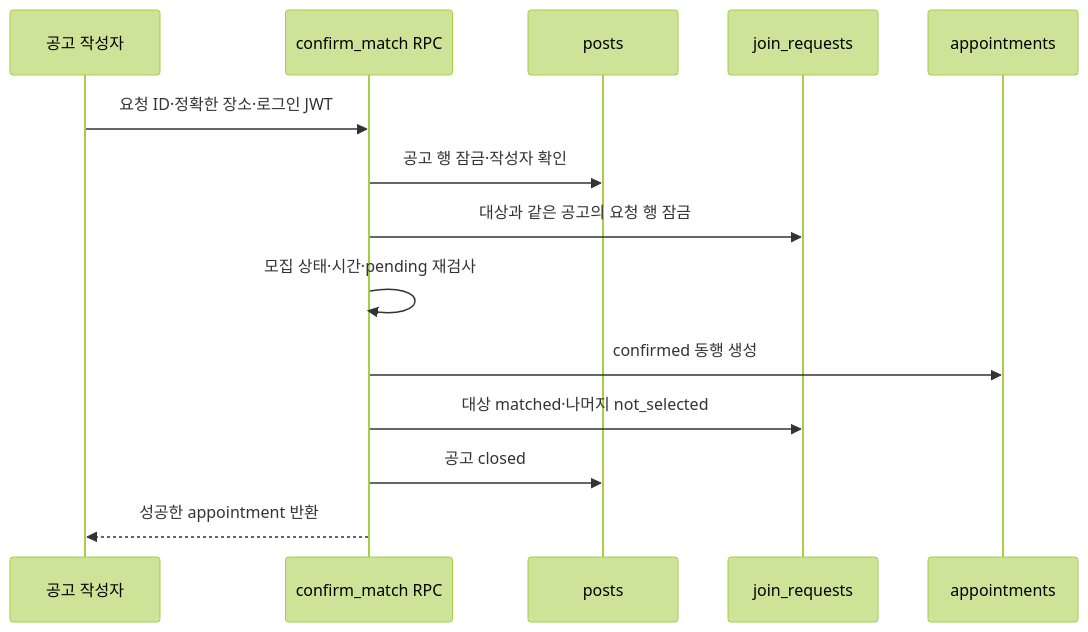
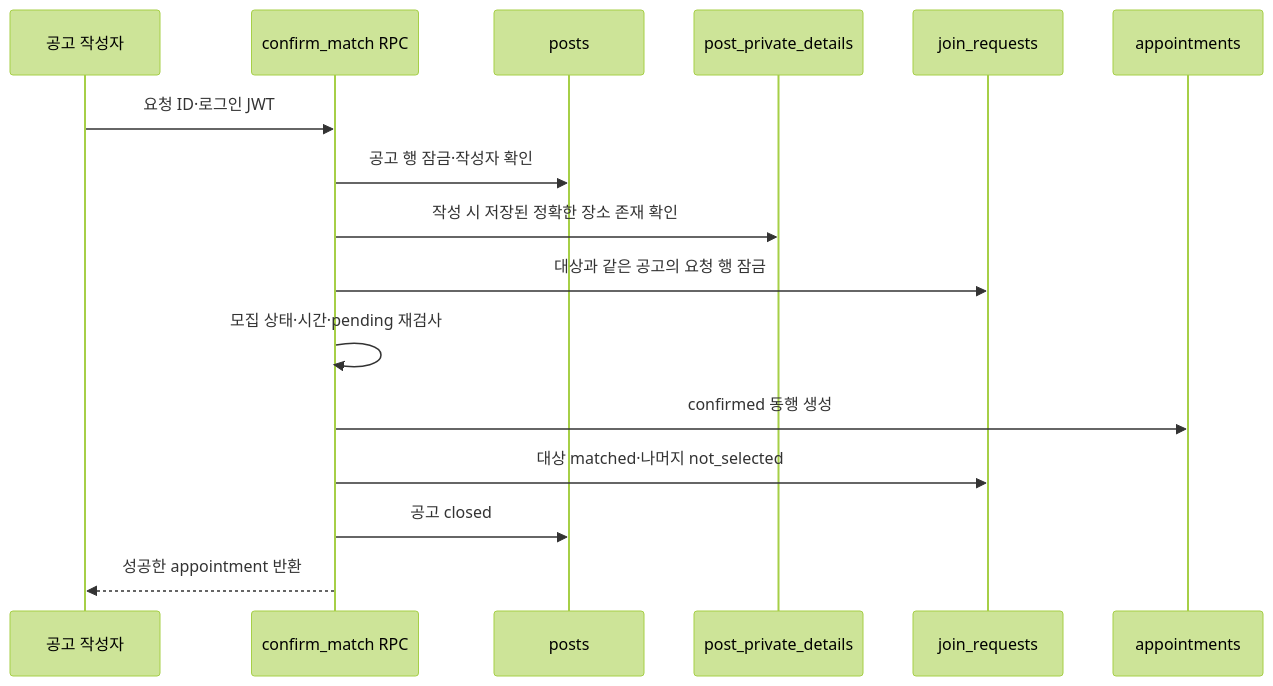
One commit to jjackbb/yumidang changed the fourth of 5 diagrams in docs/backend-plans/07-final-match.md. Above: the diagram before and after it, drawn with Mermaid (forest theme). The commit also changed other lines of this file and 138 other files, not shown here.

````diff
--- a/docs/backend-plans/07-final-match.md
+++ b/docs/backend-plans/07-final-match.md
@@ -150,17 +159,19 @@
 ```mermaid
 sequenceDiagram
     participant H as 공고 작성자
     participant R as confirm_match RPC
     participant P as posts
+    participant D as post_private_details
     participant J as join_requests
     participant A as appointments
 
-    H->>R: 요청 ID·정확한 장소·로그인 JWT
+    H->>R: 요청 ID·로그인 JWT
     R->>P: 공고 행 잠금·작성자 확인
+    R->>D: 작성 시 저장된 정확한 장소 존재 확인
     R->>J: 대상과 같은 공고의 요청 행 잠금
     R->>R: 모집 상태·시간·pending 재검사
     R->>A: confirmed 동행 생성
     R->>J: 대상 matched·나머지 not_selected
     R->>P: 공고 closed
     R-->>H: 성공한 appointment 반환
 ```
````
